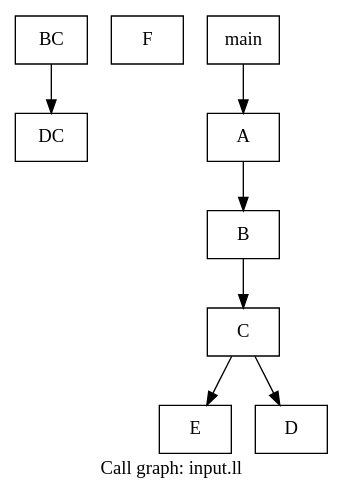
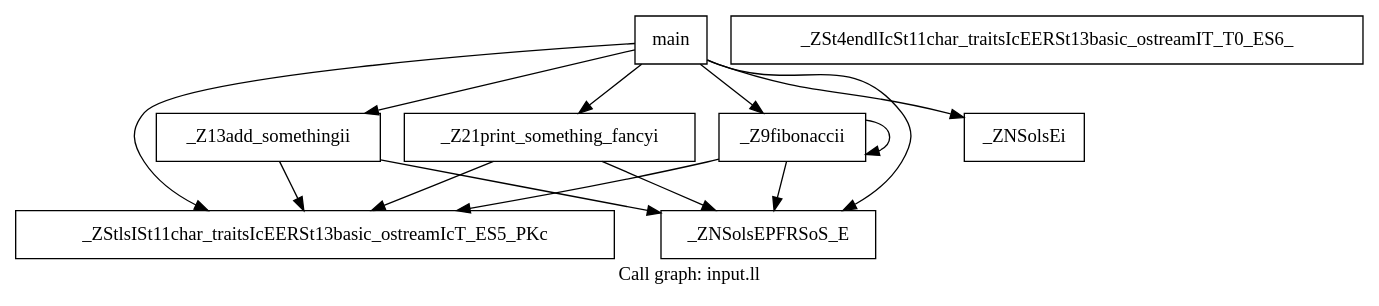
One commit to satyadev2/Compiler-Project changed the diagram in input.ll.callgraph.dot. Above: the diagram before and after it, drawn with Graphviz. The commit also changed 13 other files, not shown here.

```diff
--- a/input.ll.callgraph.dot
+++ b/input.ll.callgraph.dot
@@ -1,19 +1,25 @@
 digraph "Call graph: input.ll" {
 	label="Call graph: input.ll";
 
-	Node0x6150091e91c0 [shape=record,label="{DC}"];
-	Node0x6150091e9270 [shape=record,label="{BC}"];
-	Node0x6150091e9270 -> Node0x6150091e91c0;
-	Node0x6150091f3320 [shape=record,label="{F}"];
-	Node0x6150091f3450 [shape=record,label="{E}"];
-	Node0x6150091f34d0 [shape=record,label="{D}"];
-	Node0x6150091f36a0 [shape=record,label="{C}"];
-	Node0x6150091f36a0 -> Node0x6150091f34d0;
-	Node0x6150091f36a0 -> Node0x6150091f3450;
-	Node0x6150091f71c0 [shape=record,label="{B}"];
-	Node0x6150091f71c0 -> Node0x6150091f36a0;
-	Node0x6150091f7240 [shape=record,label="{A}"];
-	Node0x6150091f7240 -> Node0x6150091f71c0;
-	Node0x6150091f72f0 [shape=record,label="{main}"];
-	Node0x6150091f72f0 -> Node0x6150091f7240;
+	Node0x57503994e210 [shape=record,label="{_Z13add_somethingii}"];
+	Node0x57503994e210 -> Node0x57503994f640;
+	Node0x57503994e210 -> Node0x575039945600;
+	Node0x57503994f640 [shape=record,label="{_ZStlsISt11char_traitsIcEERSt13basic_ostreamIcT_ES5_PKc}"];
+	Node0x575039945600 [shape=record,label="{_ZNSolsEPFRSoS_E}"];
+	Node0x575039944c70 [shape=record,label="{_ZSt4endlIcSt11char_traitsIcEERSt13basic_ostreamIT_T0_ES6_}"];
+	Node0x575039944cf0 [shape=record,label="{_Z21print_something_fancyi}"];
+	Node0x575039944cf0 -> Node0x57503994f640;
+	Node0x575039944cf0 -> Node0x575039945600;
+	Node0x575039943cd0 [shape=record,label="{_Z9fibonaccii}"];
+	Node0x575039943cd0 -> Node0x57503994f640;
+	Node0x575039943cd0 -> Node0x575039945600;
+	Node0x575039943cd0 -> Node0x575039943cd0;
+	Node0x575039943d50 [shape=record,label="{main}"];
+	Node0x575039943d50 -> Node0x57503994f640;
+	Node0x575039943d50 -> Node0x575039945600;
+	Node0x575039943d50 -> Node0x57503994e210;
+	Node0x575039943d50 -> Node0x575039943e80;
+	Node0x575039943d50 -> Node0x575039943cd0;
+	Node0x575039943d50 -> Node0x575039944cf0;
+	Node0x575039943e80 [shape=record,label="{_ZNSolsEi}"];
 }
```
